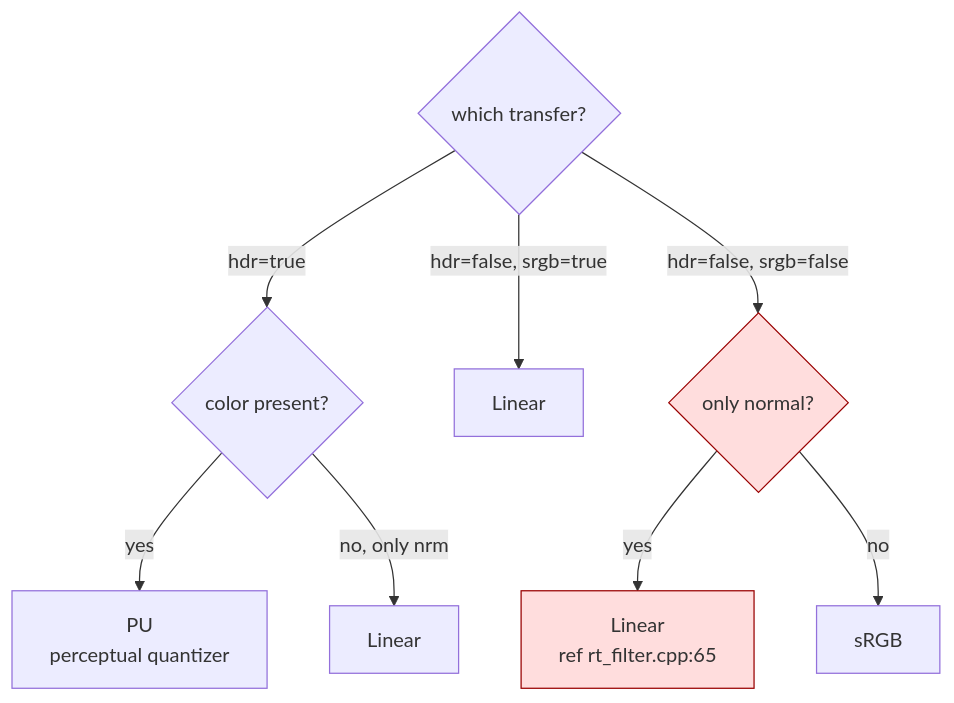
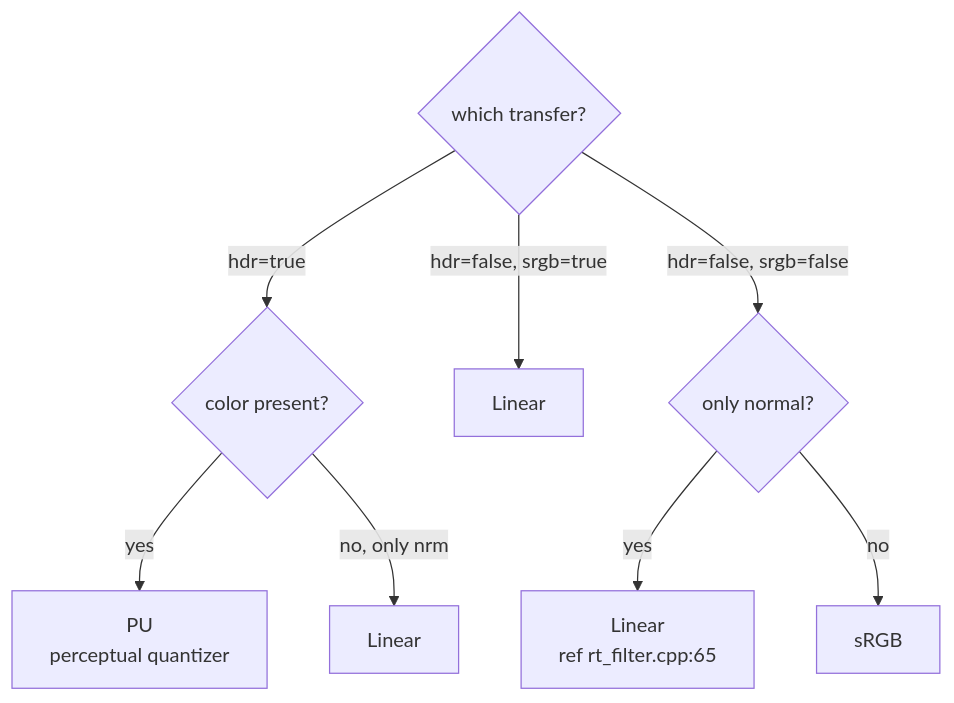
Before and after one commit to ssoj13/oidn-rs: the fifth of 8 diagrams in DIAGRAMS.md, drawn with Mermaid. The commit also changed other lines of this file and 3 other files, not shown here.

First line of the commit message:
docs: update README/CHANGELOG/AGENTS/DIAGRAMS to post-bughunt state

````diff
--- a/DIAGRAMS.md
+++ b/DIAGRAMS.md
@@ -121,14 +119,11 @@
 ```mermaid
 flowchart TB
     start{which transfer?}
     start -- "hdr=true" --> chk_color{"color present?"}
     chk_color -- "yes" --> pu[PU<br/>perceptual quantizer]
     chk_color -- "no, only nrm" --> linear[Linear]
     start -- "hdr=false, srgb=true" --> linear2[Linear]
     start -- "hdr=false, srgb=false" --> chk2{"only normal?"}
     chk2 -- "yes" --> linear3[Linear<br/>ref rt_filter.cpp:65]
     chk2 -- "no" --> srgb[sRGB]
-
-    classDef bug fill:#fdd,stroke:#900
-    class chk2,linear3 bug
 ```
````
